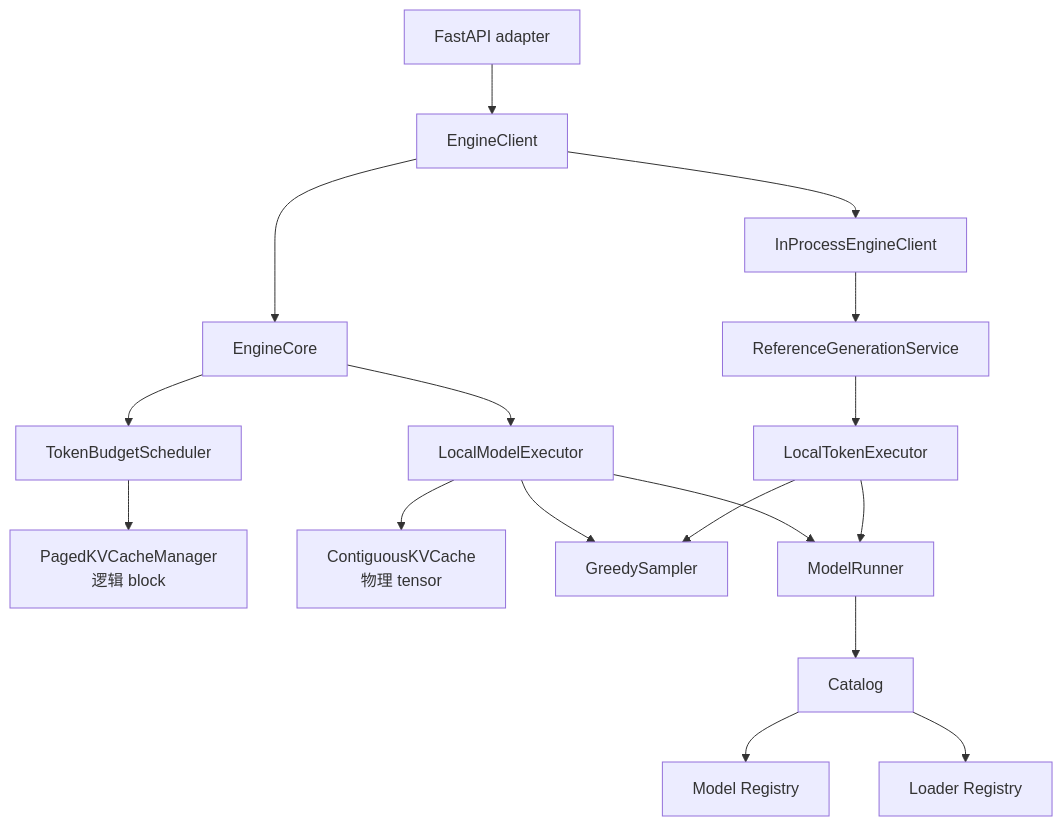
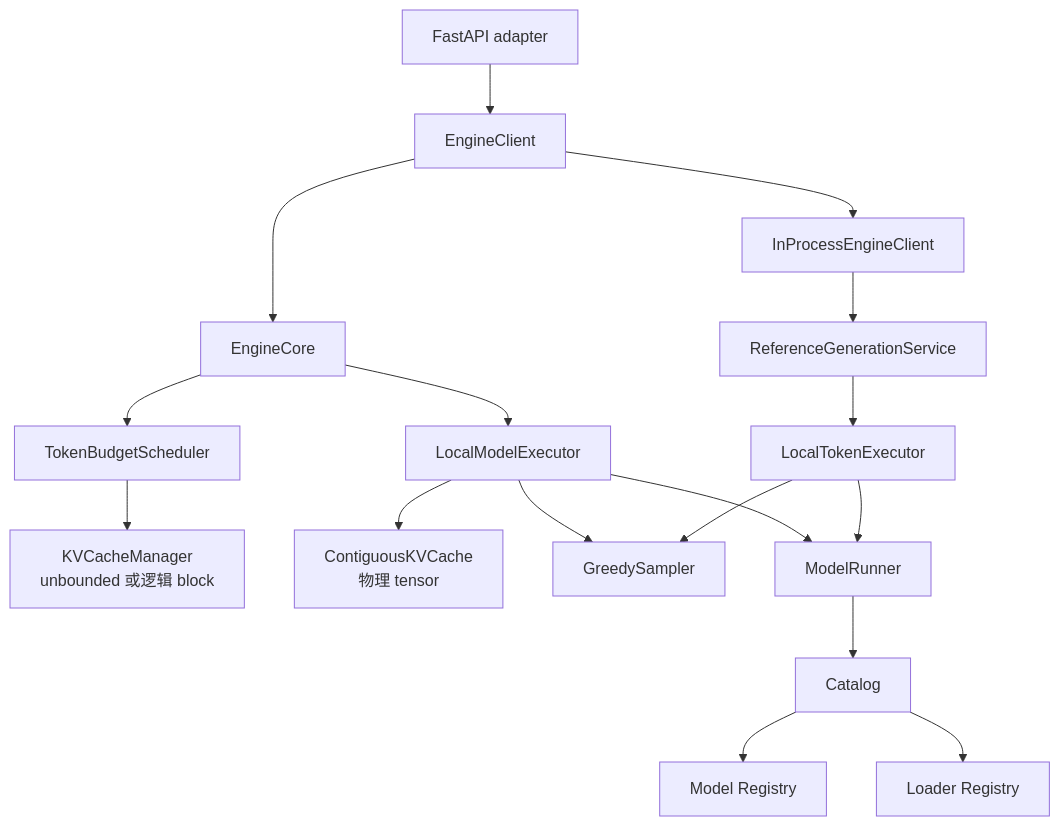
One commit to poorpaper/light-vllm changed the first of 3 diagrams in docs/design.md. Above: the diagram before and after it, drawn with Mermaid. The commit also changed other lines of this file and 7 other files, not shown here.

````diff
--- a/docs/design.md
+++ b/docs/design.md
@@ -44,22 +44,22 @@
 ```mermaid
 flowchart TB
     HTTP["FastAPI adapter"] --> Client["EngineClient"]
 
     Client --> Core["EngineCore"]
     Client --> Bridge["InProcessEngineClient"]
     Bridge --> Reference["ReferenceGenerationService"]
 
     Core --> Scheduler["TokenBudgetScheduler"]
-    Scheduler --> LogicalKV["PagedKVCacheManager<br/>逻辑 block"]
+    Scheduler --> LogicalKV["KVCacheManager<br/>unbounded 或逻辑 block"]
     Core --> Executor["LocalModelExecutor"]
     Executor --> TensorKV["ContiguousKVCache<br/>物理 tensor"]
     Executor --> Sampler["GreedySampler"]
     Reference --> TokenExecutor["LocalTokenExecutor"]
     TokenExecutor --> Sampler
 
     Executor --> Runner["ModelRunner"]
     TokenExecutor --> Runner
     Runner --> Catalog["Catalog"]
     Catalog --> Models["Model Registry"]
     Catalog --> Loaders["Loader Registry"]
 ```
````
